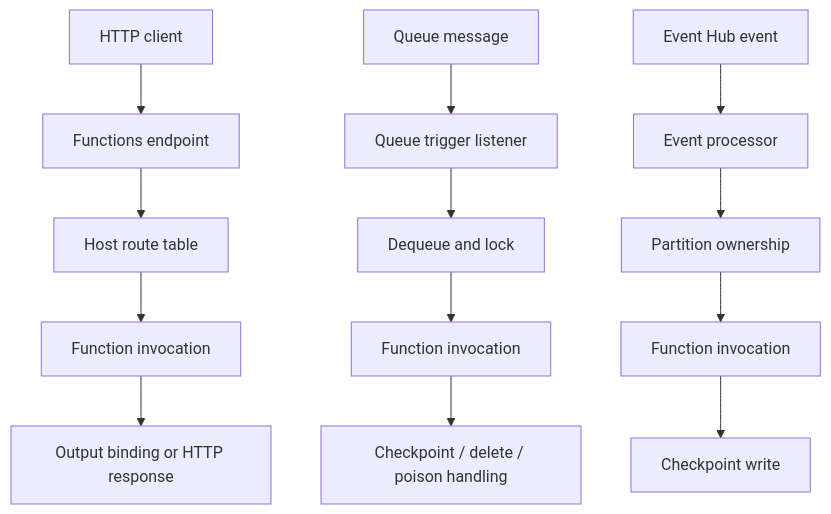
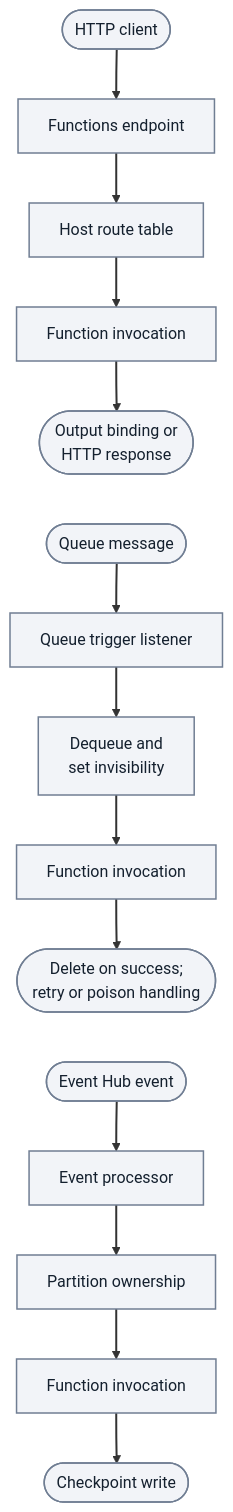
Before and after one commit to yeongseon/azure-functions-practical-guide: the third of 10 diagrams in docs/troubleshooting/architecture-components-reference.md, drawn with Mermaid. The commit also changed other lines of this file, not shown here.

First line of the commit message:
docs(diagrams): clarify trigger paths and scale-out decisions

````diff
--- a/docs/troubleshooting/architecture-components-reference.md
+++ b/docs/troubleshooting/architecture-components-reference.md
@@ -303,17 +305,25 @@
 ```mermaid
 flowchart TD
-    A[HTTP client] --> B[Functions endpoint]
-    B --> C[Host route table]
-    C --> D[Function invocation]
-    D --> E[Output binding or HTTP response]
+    accTitle: Logical processing stages by trigger type
+    accDescr: Three separate illustrative stage paths compare HTTP routing and response, Storage Queue listener and visibility-based processing with delete, retry or poison handling, and Event Hubs processing with partition ownership and checkpoints. Arrows show logical stage order, not connection initiators or a guaranteed internal protocol; the paths are not connected to one another.
+    A(["HTTP client"]) --> B["Functions endpoint"]
+    B --> C["Host route table"]
+    C --> D["Function invocation"]
+    D --> E(["Output binding or<br/>HTTP response"])
 
-    F[Queue message] --> G[Queue trigger listener]
-    G --> H[Dequeue and lock]
-    H --> I[Function invocation]
-    I --> J["Checkpoint / delete / poison handling"]
+    F(["Queue message"]) --> G["Queue trigger listener"]
+    G --> H["Dequeue and<br/>set invisibility"]
+    H --> I["Function invocation"]
+    I --> J(["Delete on success;<br/>retry or poison handling"])
 
-    K[Event Hub event] --> L[Event processor]
-    L --> M[Partition ownership]
-    M --> N[Function invocation]
-    N --> O[Checkpoint write]
+    K(["Event Hub event"]) --> L["Event processor"]
+    L --> M["Partition ownership"]
+    M --> N["Function invocation"]
+    N --> O(["Checkpoint write"])
+    %% Layout-only links stack independent paths; they add no processing steps or arrows.
+    E ~~~ F
+    J ~~~ K
+    classDef baseNeutral fill:#f2f4f8,stroke:#707e93,stroke-width:1.5px,color:#14202e;
+    class A,B,C,D,E,F,G,H,I,J,K,L,M,N,O baseNeutral;
+    linkStyle default stroke-width:2px;
 ```
````
